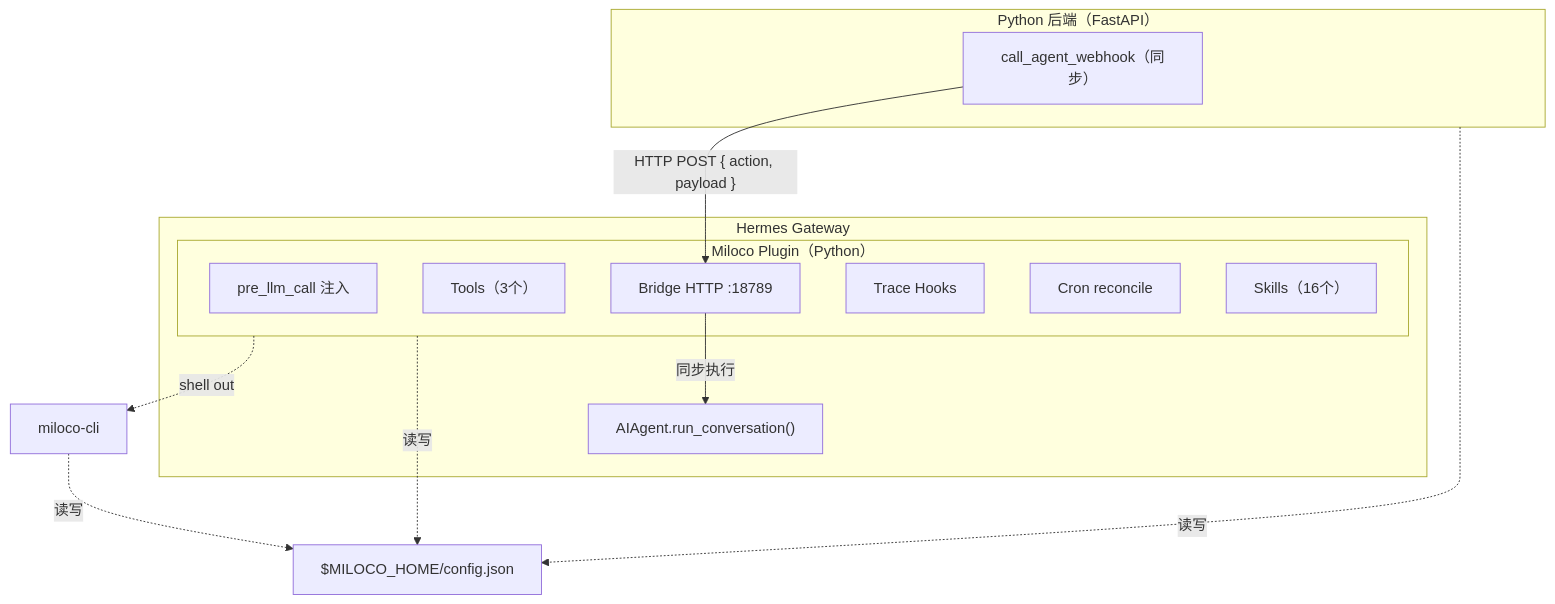
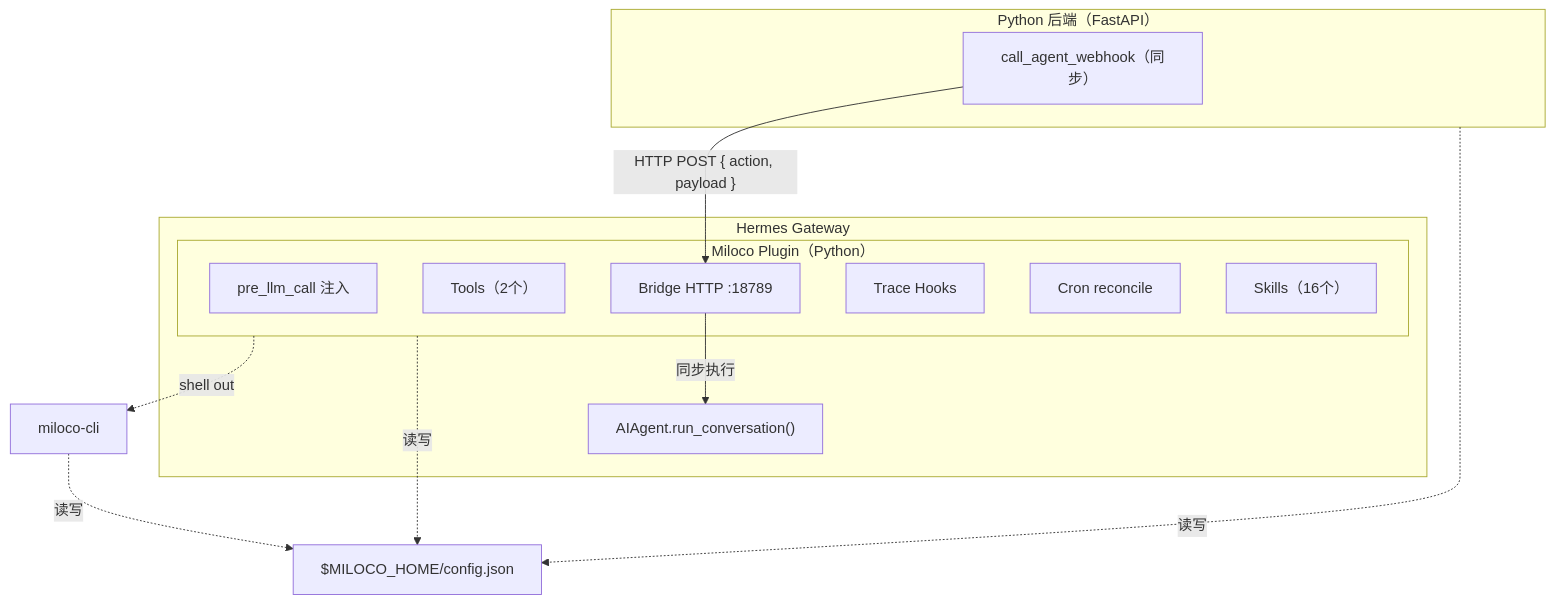
Before and after one commit to XiaoMi/xiaomi-miloco: the diagram in plugins/hermes/README.md, drawn with Mermaid. The commit also changed other lines of this file and 6 other files, not shown here.

````diff
--- a/plugins/hermes/README.md
+++ b/plugins/hermes/README.md
@@ -9,25 +9,25 @@
 ```mermaid
 graph TB
     subgraph Gateway["Hermes Gateway"]
         subgraph Plugin["Miloco Plugin（Python）"]
             Hooks["pre_llm_call 注入"]
-            Tools["Tools（3个）"]
+            Tools["Tools（2个）"]
             Bridge["Bridge HTTP :18789"]
             Trace["Trace Hooks"]
             Cron["Cron reconcile"]
             Skills["Skills（16个）"]
         end
         AIAgent["AIAgent.run_conversation()"]
     end
 
     subgraph Backend["Python 后端（FastAPI）"]
         Dispatcher["call_agent_webhook（同步）"]
     end
 
     Dispatcher -->|"HTTP POST { action, payload }"| Bridge
     Bridge -->|"同步执行"| AIAgent
     Plugin -.->|"shell out"| CLI["miloco-cli"]
     Plugin -.->|"读写"| Config["$MILOCO_HOME/config.json"]
     Backend -.->|"读写"| Config
     CLI -.->|"读写"| Config
 ```
````
